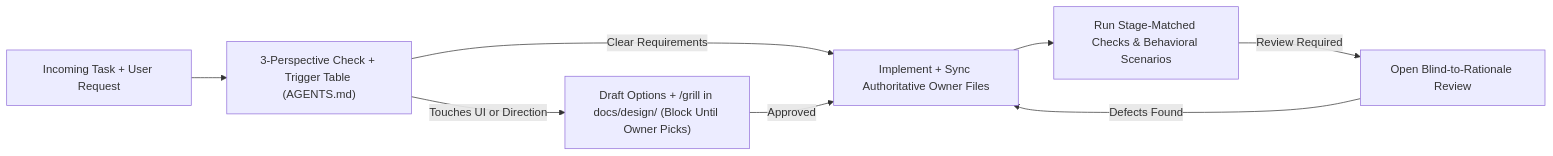
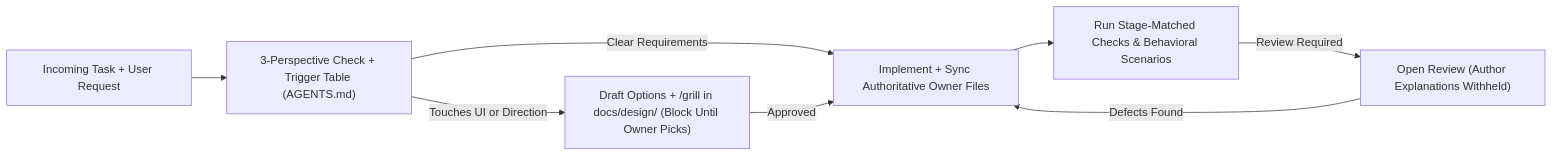
The diagram in docs/specs/discipline/entry-and-contracts.md (aaaAlexanderaaa/template-project), drawn with Mermaid before and after one commit. The commit also changed other lines of this file and 54 other files, not shown here.

````diff
--- a/docs/specs/discipline/entry-and-contracts.md
+++ b/docs/specs/discipline/entry-and-contracts.md
@@ -39,10 +31,10 @@
 ```mermaid
 flowchart LR
   Task["Incoming Task + User Request"] --> Triage["3-Perspective Check + Trigger Table (AGENTS.md)"]
   Triage -->|Touches UI or Direction| DesignGate["Draft Options + /grill in docs/design/ (Block Until Owner Picks)"]
   Triage -->|Clear Requirements| Execute["Implement + Sync Authoritative Owner Files"]
   DesignGate -->|Approved| Execute
   Execute --> Verify["Run Stage-Matched Checks & Behavioral Scenarios"]
-  Verify -->|Review Required| Indep["Open Blind-to-Rationale Review"]
+  Verify -->|Review Required| Indep["Open Review (Author Explanations Withheld)"]
   Indep -->|Defects Found| Execute
 ```
````
